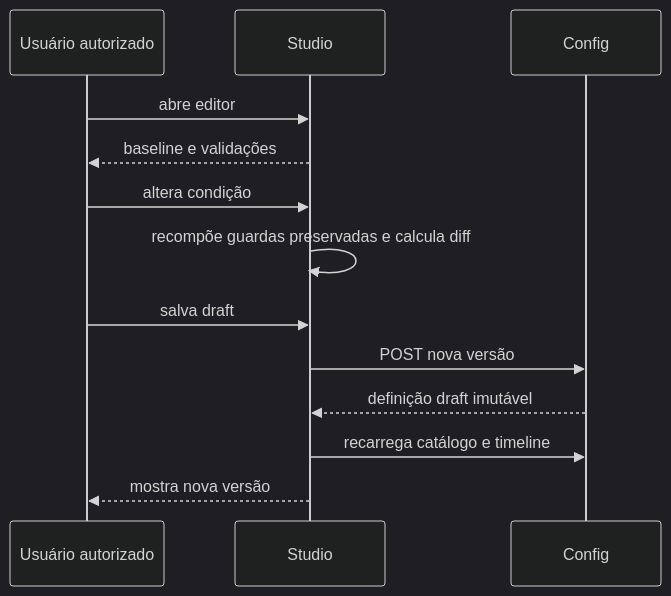
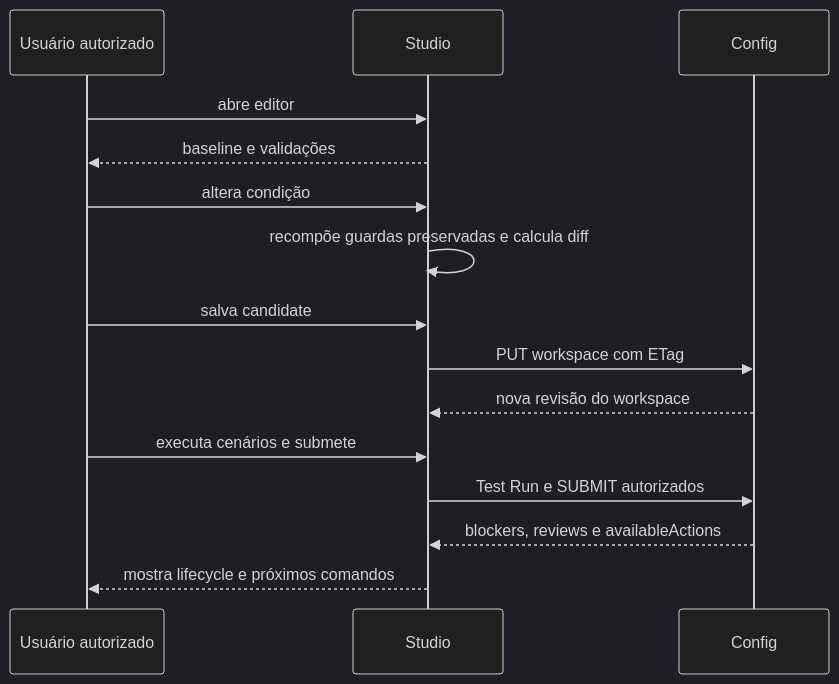
Before and after one commit to codexrodrigues/praxis-policy-studio: the third of 3 diagrams in docs/architecture-and-continuation-guide.md, drawn with Mermaid (dark theme). The commit also changed other lines of this file and 7 other files, not shown here.

Commit message:
docs: reconcile Policy Studio roadmap and assistant

````diff
--- a/docs/architecture-and-continuation-guide.md
+++ b/docs/architecture-and-continuation-guide.md
@@ -131,15 +142,17 @@
 ```mermaid
 sequenceDiagram
     participant U as Usuário autorizado
     participant S as Studio
     participant C as Config
     U->>S: abre editor
     S-->>U: baseline e validações
     U->>S: altera condição
     S->>S: recompõe guardas preservadas e calcula diff
-    U->>S: salva draft
-    S->>C: POST nova versão
-    C-->>S: definição draft imutável
-    S->>C: recarrega catálogo e timeline
-    S-->>U: mostra nova versão
+    U->>S: salva candidate
+    S->>C: PUT workspace com ETag
+    C-->>S: nova revisão do workspace
+    U->>S: executa cenários e submete
+    S->>C: Test Run e SUBMIT autorizados
+    C-->>S: blockers, reviews e availableActions
+    S-->>U: mostra lifecycle e próximos comandos
 ```
````
